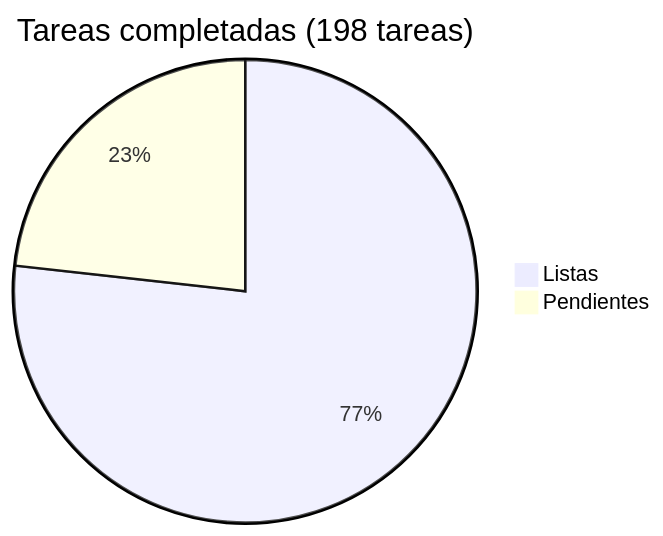
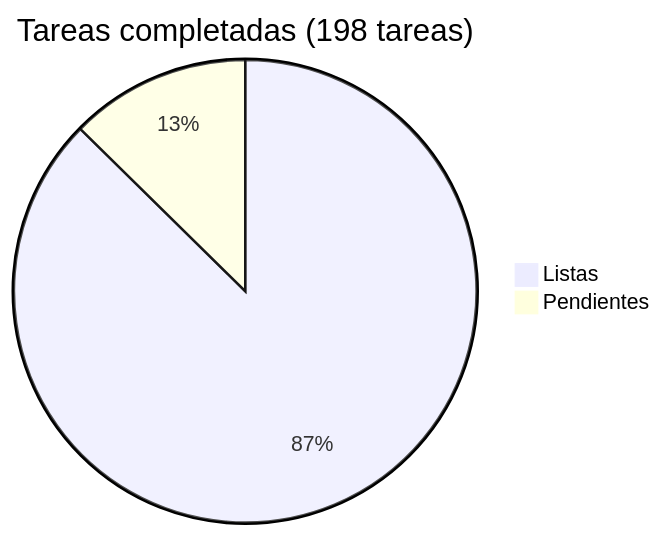
The diagram in docs/roadmap/README.md (araguaney-lat/araguaney), drawn with Mermaid before and after one commit. The commit also changed other lines of this file and 1 other file, not shown here.

Commit message:
docs: mark Phase 8 tasks 1-21 as completed in roadmap (87% overall)

````diff
--- a/docs/roadmap/README.md
+++ b/docs/roadmap/README.md
@@ -5,5 +5,5 @@
 ```mermaid
 pie title Tareas completadas (198 tareas)
-    "Listas" : 152
-    "Pendientes" : 46
+    "Listas" : 173
+    "Pendientes" : 25
 ```
````
